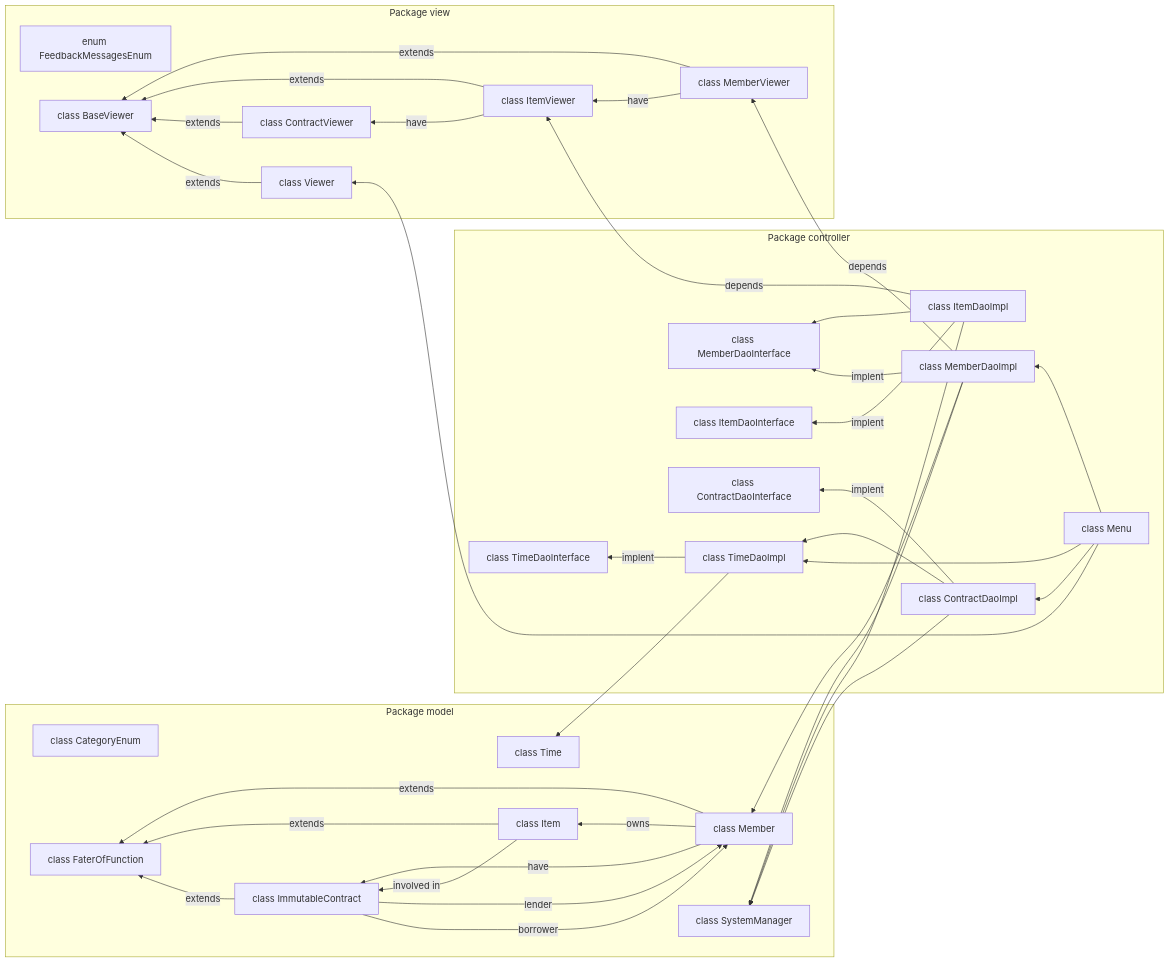
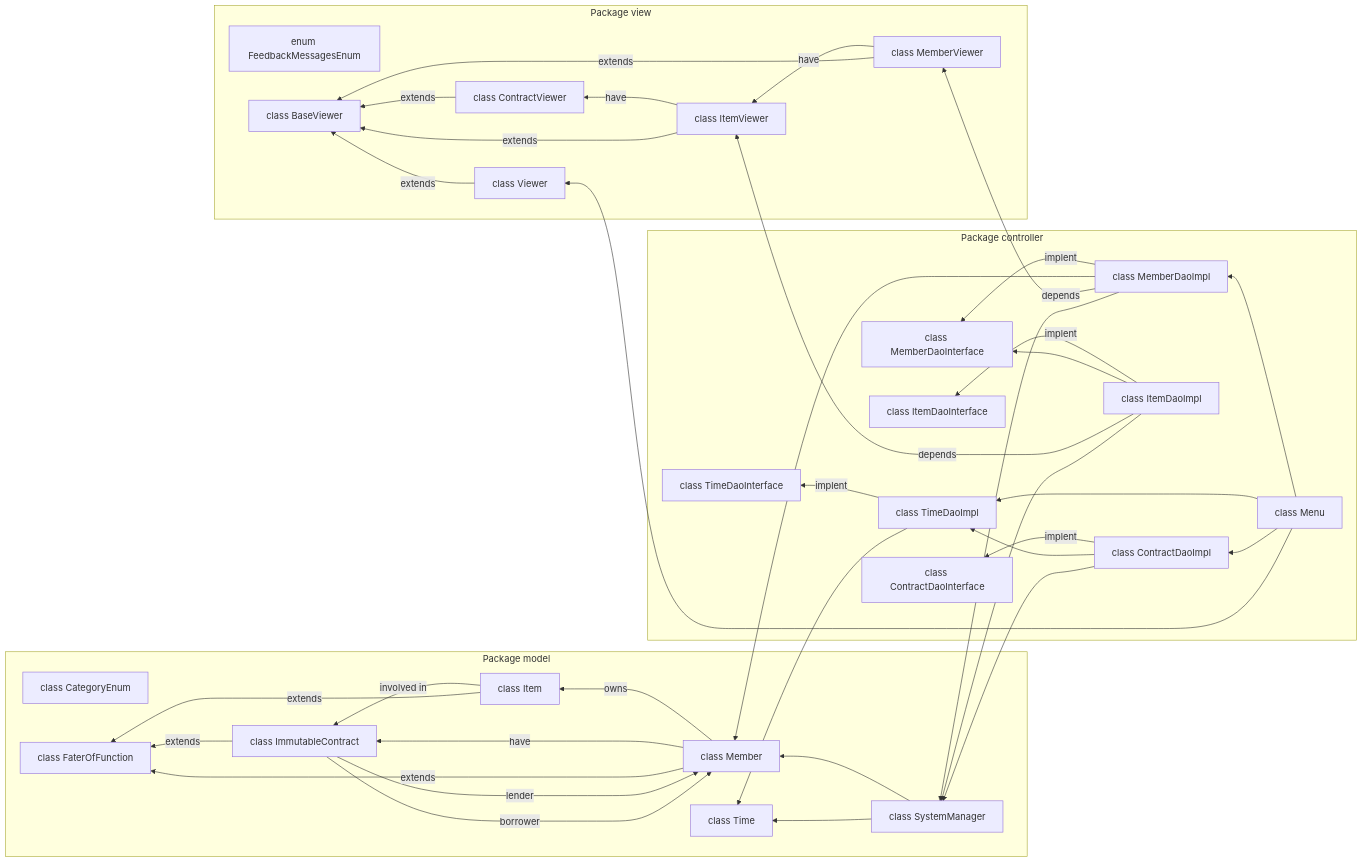
The first of 5 diagrams in design.md (ashkar99/Stuff-Lending-System), drawn with Mermaid before and after one commit.

Commit message:
Update file design.md

```diff
--- a/design.md
+++ b/design.md
@@ -35,6 +35,10 @@
     view6[class Viewer]
     
     end
+    controller6 --"implent"--> controller5  
+    controller4 --"implent"--> controller3 
+    controller8 --"implent"--> controller7  
+    controller1 --"implent"--> controller2 
 
     controller6 --> controller3
     controller8 --> controller1
@@ -42,7 +46,14 @@
     controller9 --> controller4
     controller9 --> controller1
     controller9 --> controller8
+
+    controller1 --> model1
+    controller4 --> model2
     
+    controller6 --"depends"--> view2 
+    controller4--"depends"--> view1
+
+
     controller9 --> view6
 
 
@@ -63,21 +74,17 @@
     model2 --"extends"--> model6
     model3 --"extends"--> model6
     model5 --"extends"--> model6
+
+    model7 --> model2
+    model7 --> model1
     
     view1 --"have"--> view2
     view2 --"have"--> view3
 
-    controller6 --"implent"--> controller5  
-    controller4 --"implent"--> controller3 
-    controller8 --"implent"--> controller7  
-    controller1 --"implent"--> controller2 
+
     
 
-    controller1 --> model1
-    controller4 --> model2
-    
-    controller6 --"depends"--> view2 
-    controller4--"depends"--> view1
+
 
     view1 --"extends"--> view5
     view2 --"extends"--> view5
```
